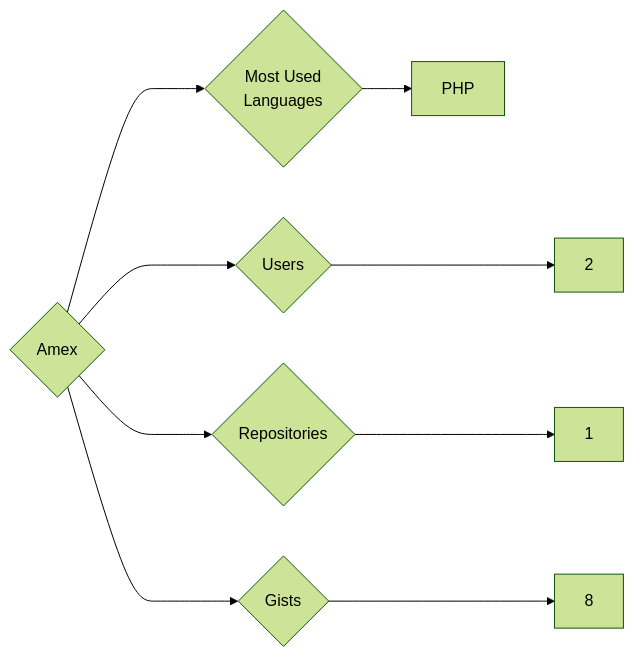
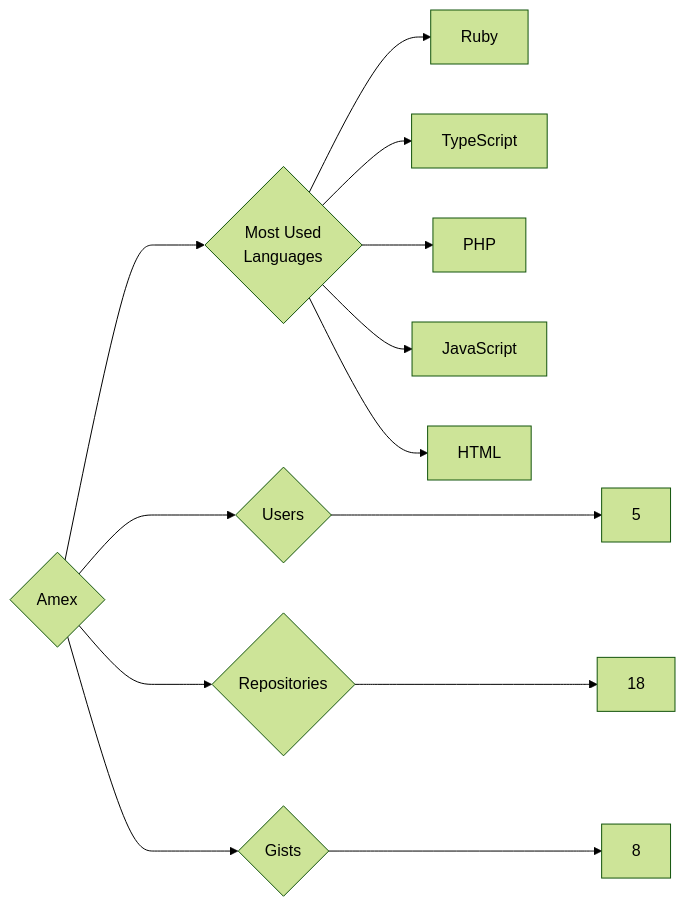
One commit to trickest/insiders changed the diagram in targets/Amex/README.md. Above: the diagram before and after it, drawn with Mermaid (forest theme). The commit also changed 757 other files, not shown here.

````diff
--- a/targets/Amex/README.md
+++ b/targets/Amex/README.md
@@ -3,9 +3,13 @@
 ```mermaid
 graph LR
 COMPANY_NAME{Amex}
-COMPANY_NAME ---> U{Users} ---> UN[2]
-COMPANY_NAME ---> R{Repositories} ---> RN[1]
+COMPANY_NAME ---> U{Users} ---> UN[5]
+COMPANY_NAME ---> R{Repositories} ---> RN[18]
 COMPANY_NAME ---> G{Gists} ---> GN[8]
 COMPANY_NAME ---> ML{Most Used<br>Languages}
+ML --> Ruby[Ruby]
+ML --> TypeScript[TypeScript]
 ML --> PHP[PHP]
+ML --> JavaScript[JavaScript]
+ML --> HTML[HTML]
 ```
````
